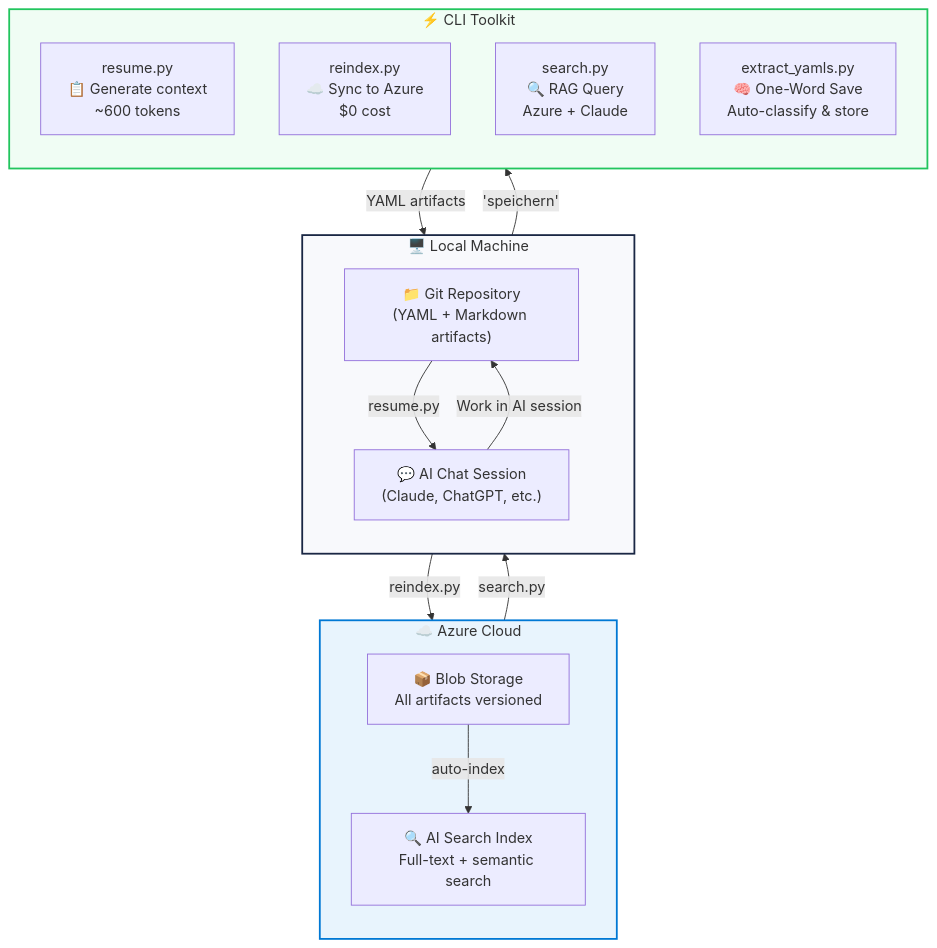
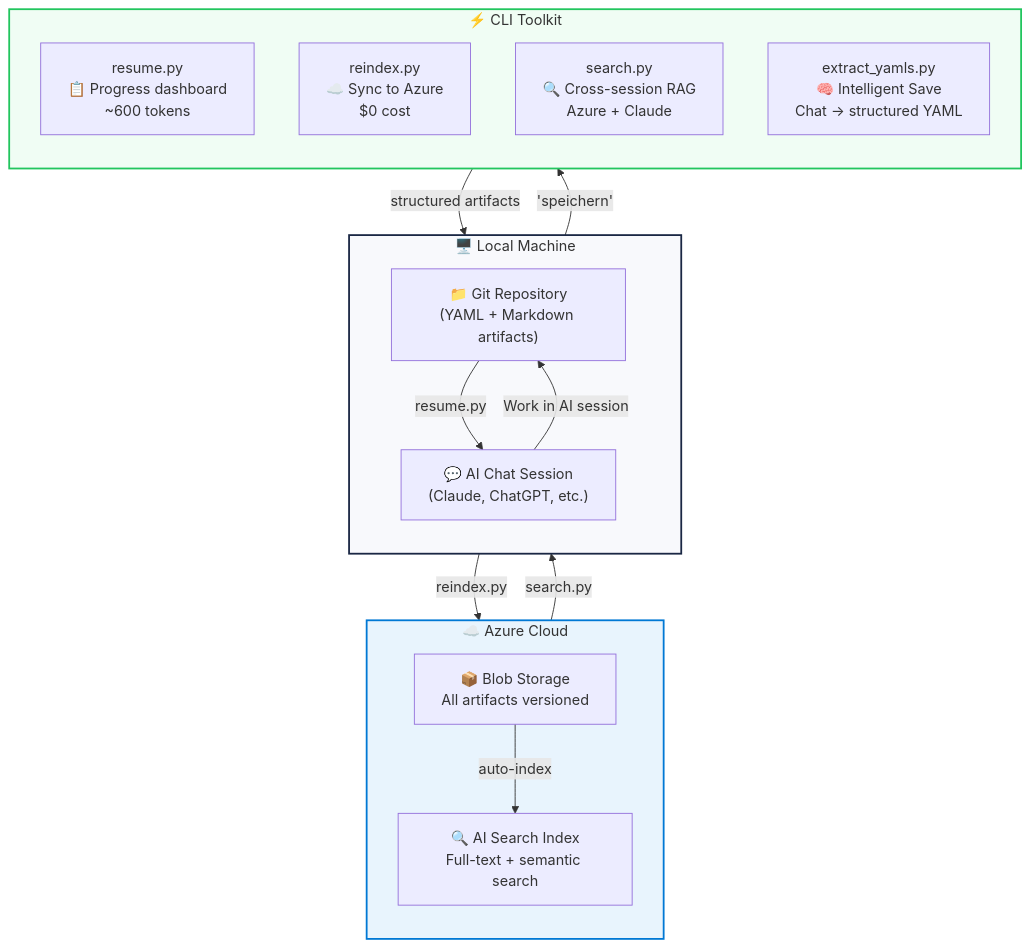
The second of 3 diagrams in README.md (MustDemir/ai-context-vault), drawn with Mermaid before and after one commit. The commit also changed other lines of this file, not shown here.

````diff
--- a/README.md
+++ b/README.md
@@ -98,34 +107,34 @@
 ```mermaid
 flowchart TB
     subgraph LOCAL["🖥️ Local Machine"]
         direction TB
         GIT["📁 Git Repository\n(YAML + Markdown artifacts)"]
         CHAT["💬 AI Chat Session\n(Claude, ChatGPT, etc.)"]
     end
 
     subgraph AZURE["☁️ Azure Cloud"]
         direction TB
         BLOB["📦 Blob Storage\nAll artifacts versioned"]
         SEARCH["🔍 AI Search Index\nFull-text + semantic search"]
     end
 
     subgraph SCRIPTS["⚡ CLI Toolkit"]
         direction TB
-        S1["resume.py\n📋 Generate context\n~600 tokens"]
+        S1["resume.py\n📋 Progress dashboard\n~600 tokens"]
         S2["reindex.py\n☁️ Sync to Azure\n$0 cost"]
-        S3["search.py\n🔍 RAG Query\nAzure + Claude"]
-        S4["extract_yamls.py\n🧠 One-Word Save\nAuto-classify & store"]
+        S3["search.py\n🔍 Cross-session RAG\nAzure + Claude"]
+        S4["extract_yamls.py\n🧠 Intelligent Save\nChat → structured YAML"]
     end
 
     CHAT -->|"Work in AI session"| GIT
     GIT -->|"reindex.py"| BLOB
     BLOB -->|"auto-index"| SEARCH
     SEARCH -->|"search.py"| CHAT
     GIT -->|"resume.py"| CHAT
     CHAT -->|"'speichern'"| S4
-    S4 -->|"YAML artifacts"| GIT
+    S4 -->|"structured artifacts"| GIT
 
     style LOCAL fill:#f8f9fc,stroke:#1a2744,stroke-width:2px
     style AZURE fill:#e8f4fd,stroke:#0078D4,stroke-width:2px
     style SCRIPTS fill:#f0fdf4,stroke:#22c55e,stroke-width:2px
 ```
````
